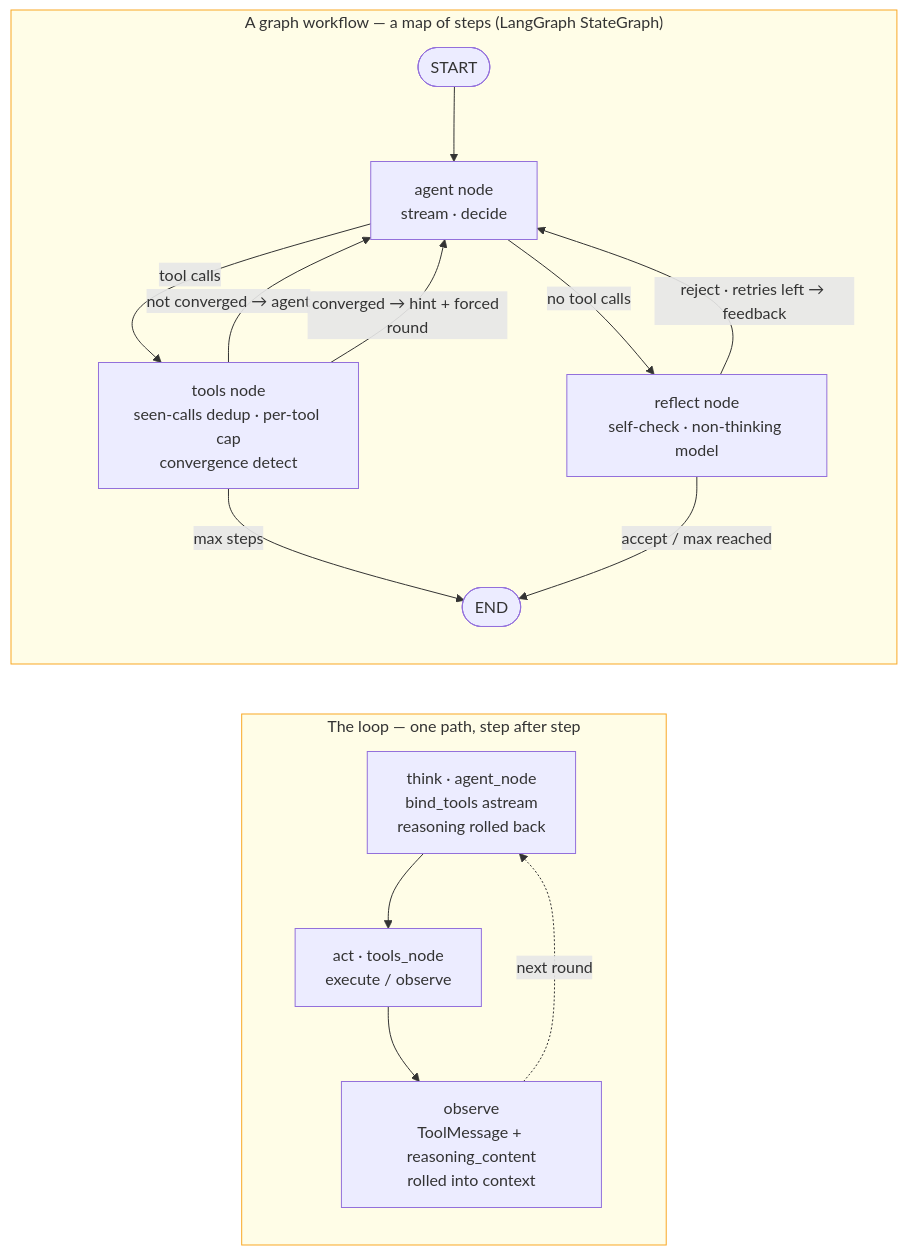
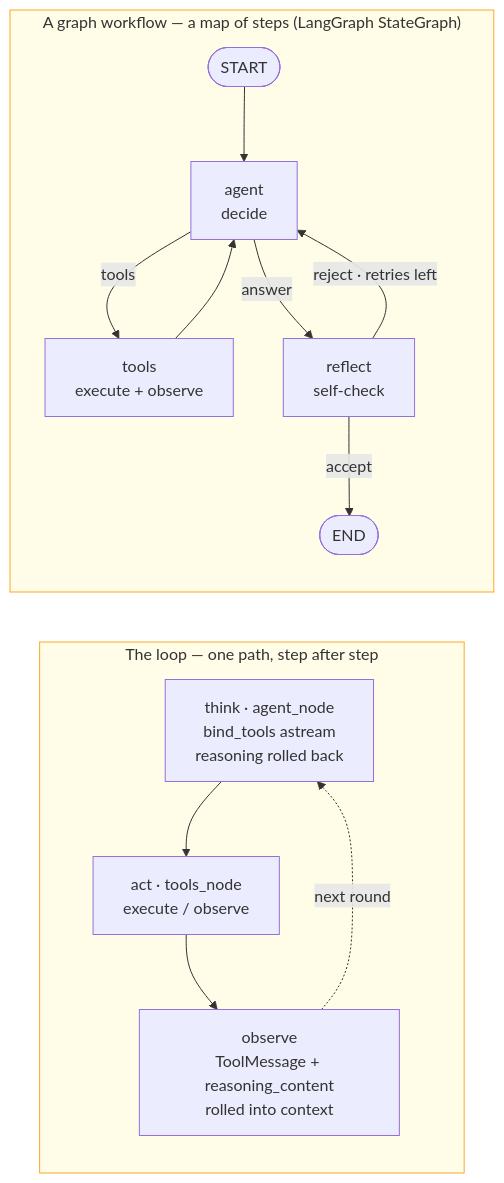
Before and after one commit to KevinDeng-0411/CodeAware: the fifth of 7 diagrams in README.md, drawn with Mermaid. The commit also changed 1 other file, not shown here.

Commit message:
docs(readme): 收敛概念图 G 子图为步骤地图骨架（短标签，细节留给展开图）
- G 子图从 5 节点 + 6 长标签边收敛为 6 节点 + 5 短边：agent/tools 循环回边、
  reflect 自评分支，per-tool cap/convergence 等工程细节下沉，图一瞥即懂
- 中英 README 同步，保留黄底双子图结构（THE loop ‖ 步骤地图）

````diff
--- a/README.md
+++ b/README.md
@@ -250,24 +250,22 @@
 ```mermaid
 flowchart LR
     subgraph L["The loop — one path, step after step"]
         direction TB
         T["think · agent_node<br/>bind_tools astream<br/>reasoning rolled back"] --> A["act · tools_node<br/>execute / observe"]
         A --> O["observe<br/>ToolMessage + reasoning_content<br/>rolled into context"]
         O -. "next round" .-> T
     end
 
     subgraph G["A graph workflow — a map of steps (LangGraph StateGraph)"]
         direction TB
-        S(["START"]) --> Ag["agent node<br/>stream · decide"]
-        Ag -->|tool calls| Tn["tools node<br/>seen-calls dedup · per-tool cap<br/>convergence detect"]
-        Tn -->|not converged → agent| Ag
-        Tn -->|converged → hint + forced round| Ag
-        Tn -->|max steps| E(["END"])
-        Ag -->|no tool calls| Rf["reflect node<br/>self-check · non-thinking model"]
-        Rf -->|reject · retries left → feedback| Ag
-        Rf -->|accept / max reached| E
+        S(["START"]) --> Ag["agent<br/>decide"]
+        Ag -->|tools| Tn["tools<br/>execute + observe"]
+        Tn --> Ag
+        Ag -->|answer| Rf["reflect<br/>self-check"]
+        Rf -->|accept| E(["END"])
+        Rf -->|reject · retries left| Ag
     end
 
     style L fill:#fffde7,stroke:#f9a825
     style G fill:#fffde7,stroke:#f9a825
 ```
````
